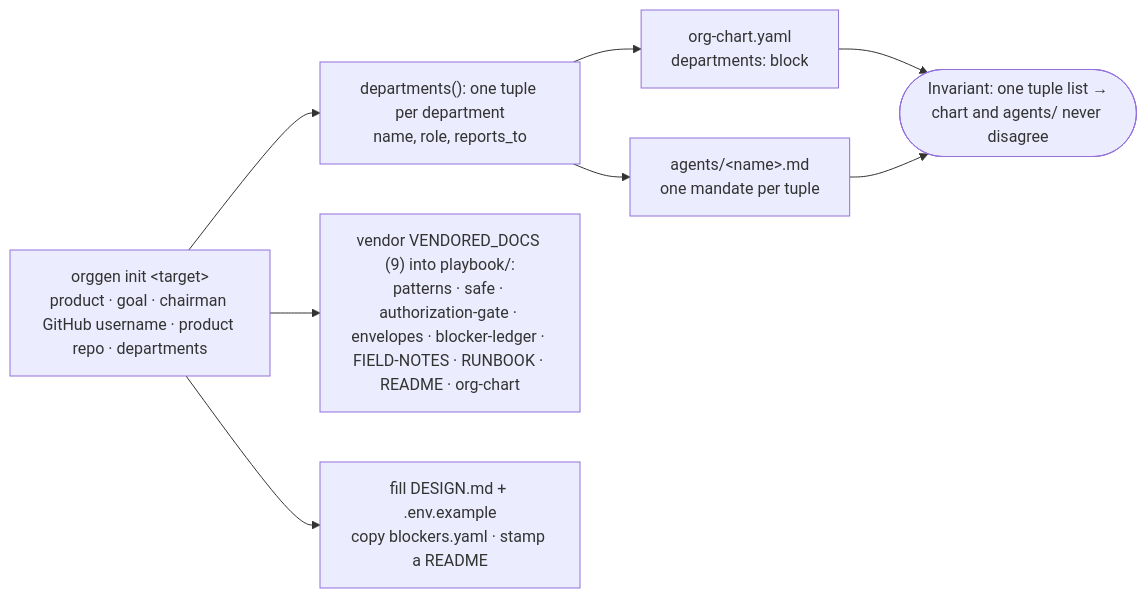
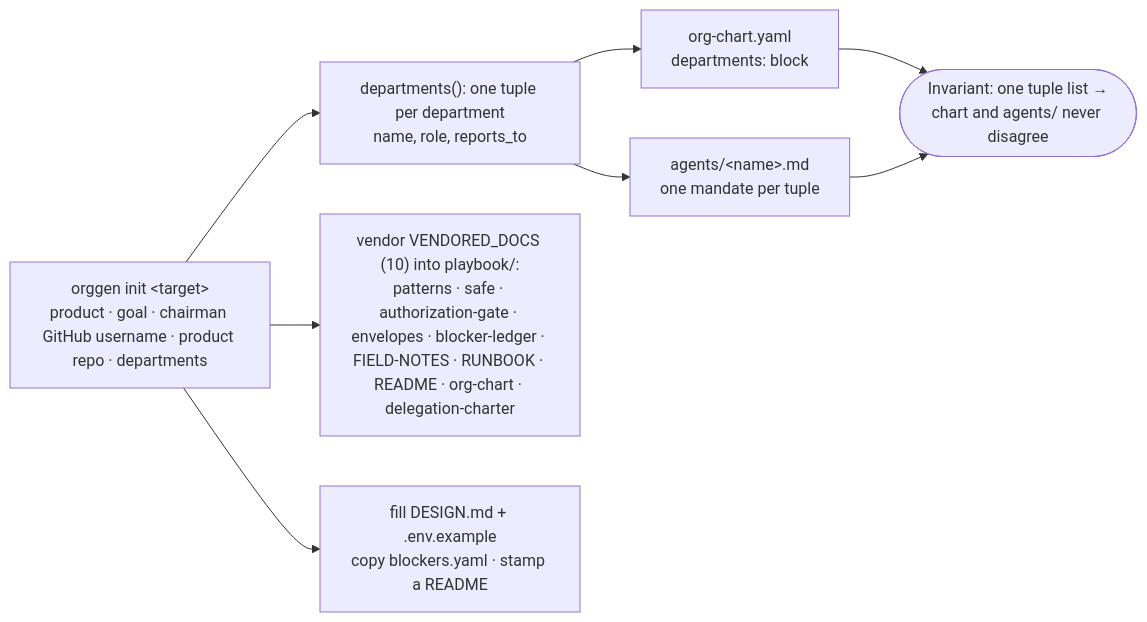
Before and after one commit to johnplantada/scrum-jail-governance-playbook: the ninth of 10 diagrams in docs/ARCHITECTURE.md, drawn with Mermaid. The commit also changed other lines of this file and 4 other files, not shown here.

First line of the commit message:
gov(sync): vendor delegation-charter.md — the tenth playbook doc

````diff
--- a/docs/ARCHITECTURE.md
+++ b/docs/ARCHITECTURE.md
@@ -335,10 +335,10 @@
 ```mermaid
 flowchart LR
     Args["orggen init &lt;target&gt;<br/>product · goal · chairman GitHub username · product repo · departments"] --> Tup["departments(): one tuple per department<br/>name, role, reports_to"]
     Tup --> Chart["org-chart.yaml<br/>departments: block"]
     Tup --> Agents["agents/&lt;name&gt;.md<br/>one mandate per tuple"]
-    Args --> Docs["vendor VENDORED_DOCS (9) into playbook/:<br/>patterns · safe · authorization-gate · envelopes · blocker-ledger · FIELD-NOTES · RUNBOOK · README · org-chart"]
+    Args --> Docs["vendor VENDORED_DOCS (10) into playbook/:<br/>patterns · safe · authorization-gate · envelopes · blocker-ledger · FIELD-NOTES · RUNBOOK · README · org-chart · delegation-charter"]
     Args --> Fill["fill DESIGN.md + .env.example<br/>copy blockers.yaml · stamp a README"]
     Chart --> Inv(["Invariant: one tuple list →<br/>chart and agents/ never disagree"])
     Agents --> Inv
 ```
````
